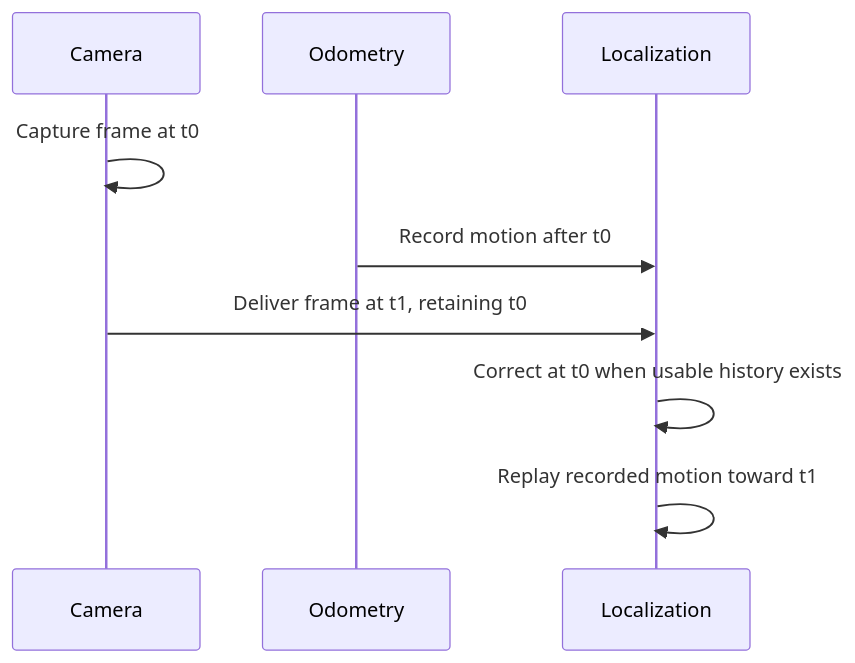
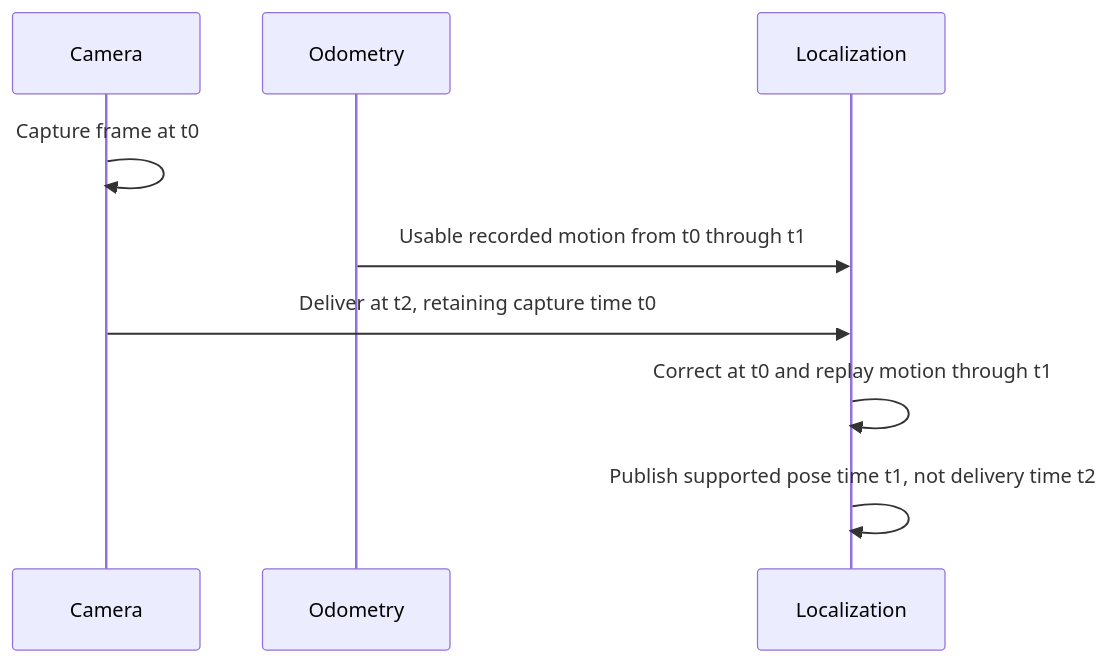
One commit to harishv-99/2025-PhoenixPedro changed the diagram in TeamCode/src/main/java/edu/ftcsushi/fw/docs/drive-vision/AprilTag Localization & Fixed Layouts.md. Above: the diagram before and after it, drawn with Mermaid. The commit also changed other lines of this file and 14 other files, not shown here.

Commit message:
fix(localization): preserve supported pose evidence time

````diff
--- a/TeamCode/src/main/java/edu/ftcsushi/fw/docs/drive-vision/AprilTag Localization & Fixed Layouts.md
+++ b/TeamCode/src/main/java/edu/ftcsushi/fw/docs/drive-vision/AprilTag Localization & Fixed Layouts.md
@@ -632,13 +647,13 @@
 ```mermaid
 sequenceDiagram
-    accTitle: A delayed camera observation keeps its capture time
-    accDescr: The camera captures a frame, odometry records intervening motion, and the frame arrives later. When usable history exists, localization corrects the estimate at capture time and replays motion toward the current loop.
+    accTitle: Supported pose time can precede camera delivery time
+    accDescr: In this illustrative ordered timeline, a camera captures at t0 and usable recorded motion reaches t1. The frame arrives at t2, after t1. Localization corrects at t0 and replays only the supported motion through t1, publishing t1 rather than inventing evidence at t2.
     participant Camera
     participant Odometry
     participant Localization
     Camera->>Camera: Capture frame at t0
-    Odometry->>Localization: Record motion after t0
-    Camera->>Localization: Deliver frame at t1, retaining t0
-    Localization->>Localization: Correct at t0 when usable history exists
-    Localization->>Localization: Replay recorded motion toward t1
+    Odometry->>Localization: Usable recorded motion from t0 through t1
+    Camera->>Localization: Deliver at t2, retaining capture time t0
+    Localization->>Localization: Correct at t0 and replay motion through t1
+    Localization->>Localization: Publish supported pose time t1, not delivery time t2
 ```
````
